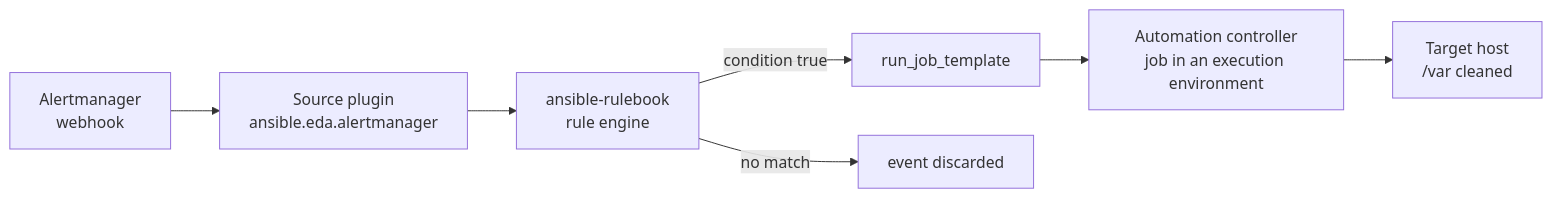
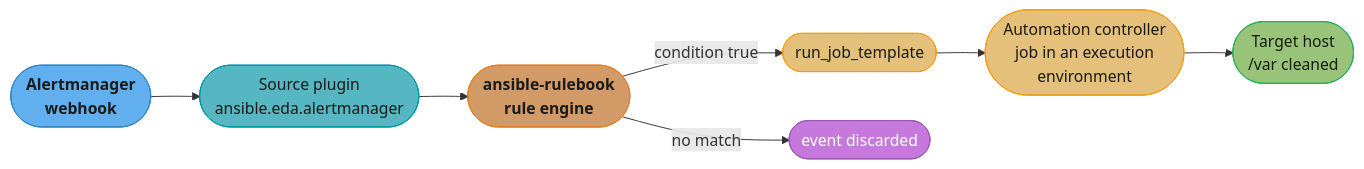
Before and after one commit to rppol/system-design: the fifth of 6 diagrams in src/main/java/com/rutik/systemdesign/devops/configuration_management/configuration_management.md, drawn with Mermaid. The commit also changed other lines of this file and 63 other files, not shown here.

````diff
--- a/src/main/java/com/rutik/systemdesign/devops/configuration_management/configuration_management.md
+++ b/src/main/java/com/rutik/systemdesign/devops/configuration_management/configuration_management.md
@@ -364,9 +368,23 @@
 ```mermaid
 flowchart LR
-    AM["Alertmanager<br/>webhook"] --> SRC["Source plugin<br/>ansible.eda.alertmanager"]
-    SRC --> ENG["ansible-rulebook<br/>rule engine"]
-    ENG -->|"condition true"| ACT["run_job_template"]
-    ENG -->|"no match"| DROP["event discarded"]
-    ACT --> CTRL["Automation controller<br/>job in an execution environment"]
-    CTRL --> HOST["Target host<br/>/var cleaned"]
+    classDef io      fill:#61afef,stroke:#2e86c1,color:#1a1a1a,font-weight:bold
+    classDef frozen  fill:#c678dd,stroke:#9b59b6,color:#fff
+    classDef train   fill:#98c379,stroke:#27ae60,color:#1a1a1a
+    classDef mathOp  fill:#d19a66,stroke:#e67e22,color:#1a1a1a,font-weight:bold
+    classDef lossN   fill:#e06c75,stroke:#c0392b,color:#fff,font-weight:bold
+    classDef req     fill:#56b6c2,stroke:#0097a7,color:#1a1a1a
+    classDef base    fill:#e5c07b,stroke:#f39c12,color:#1a1a1a
+    AM(["Alertmanager<br/>webhook"]) --> SRC(["Source plugin<br/>ansible.eda.alertmanager"])
+    SRC --> ENG(["ansible-rulebook<br/>rule engine"])
+    ENG -->|"condition true"| ACT(["run_job_template"])
+    ENG -->|"no match"| DROP(["event discarded"])
+    ACT --> CTRL(["Automation controller<br/>job in an execution<br/>environment"])
+    CTRL --> HOST(["Target host<br/>/var cleaned"])
+
+    class AM io
+    class SRC req
+    class ENG mathOp
+    class ACT,CTRL base
+    class DROP frozen
+    class HOST train
 ```
````
